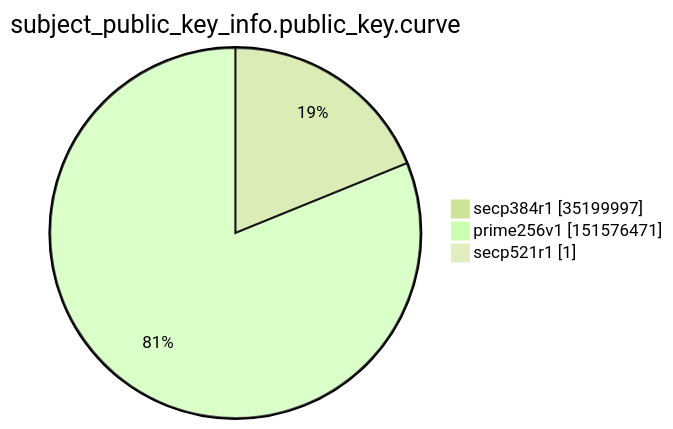
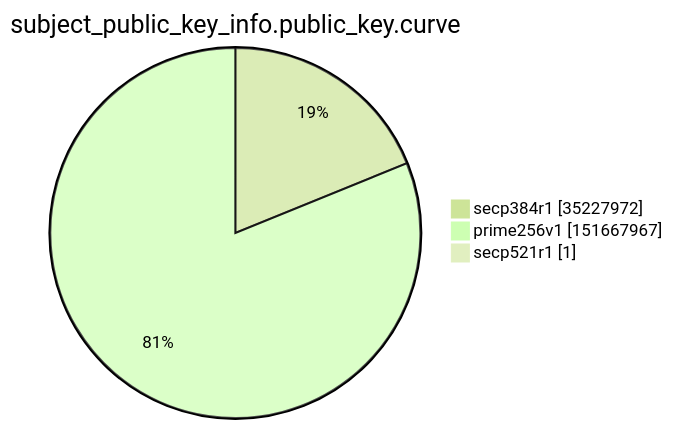
One commit to christiankrug/ctmonitor_visualization changed the ninth of 15 diagrams in argon2022/README.md. Above: the diagram before and after it, drawn with Mermaid (forest theme). The commit also changed other lines of this file, not shown here.

````diff
--- a/argon2022/README.md
+++ b/argon2022/README.md
@@ -2765,7 +2765,7 @@
 ```mermaid
 pie showData
 title subject_public_key_info.public_key.curve
-"secp384r1" :35199997
-"prime256v1" :151576471
+"secp384r1" :35227972
+"prime256v1" :151667967
 "secp521r1" :1
 ```
````
